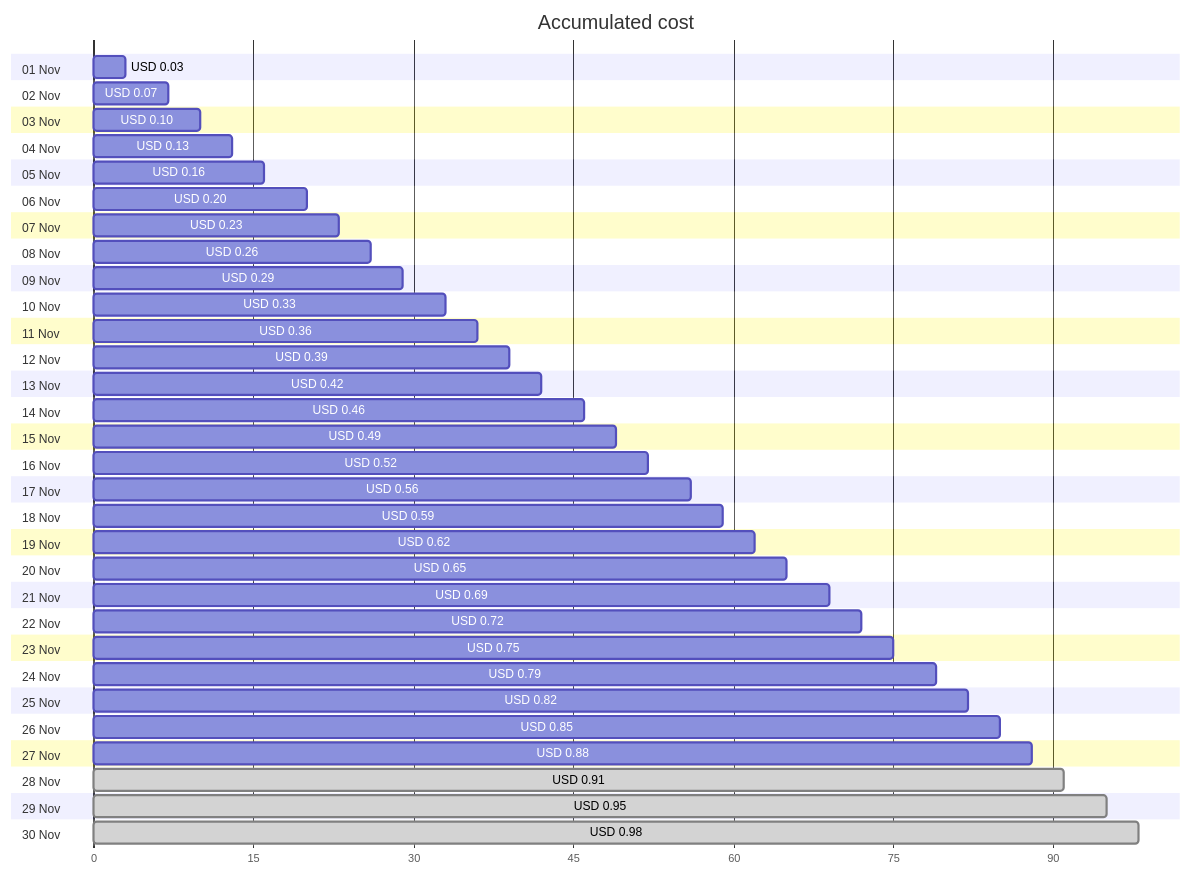
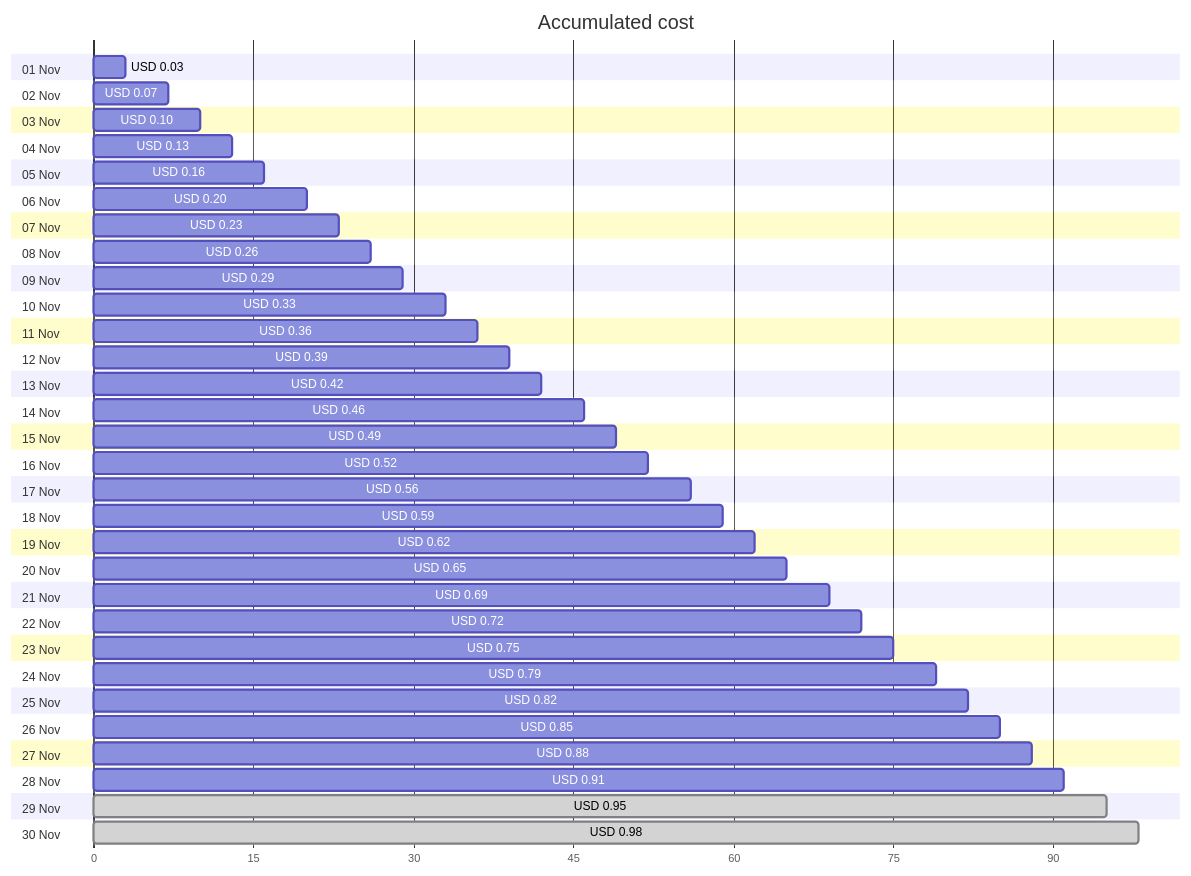
One commit to jpfulton/azure-personal-reports changed the first of 4 diagrams in cost-reports/personal-dns/README.md. Above: the diagram before and after it, drawn with Mermaid. The commit also changed other lines of this file and 2 other files, not shown here.

````diff
--- a/cost-reports/personal-dns/README.md
+++ b/cost-reports/personal-dns/README.md
@@ -20,66 +20,66 @@
 ```mermaid
 gantt
    title Accumulated cost
    dateFormat  X
    axisFormat %s
    section 01 Nov
    USD 0.03 :0, 3
    section 02 Nov
    USD 0.07 :0, 7
    section 03 Nov
    USD 0.10 :0, 10
    section 04 Nov
    USD 0.13 :0, 13
    section 05 Nov
    USD 0.16 :0, 16
    section 06 Nov
    USD 0.20 :0, 20
    section 07 Nov
    USD 0.23 :0, 23
    section 08 Nov
    USD 0.26 :0, 26
    section 09 Nov
    USD 0.29 :0, 29
    section 10 Nov
    USD 0.33 :0, 33
    section 11 Nov
    USD 0.36 :0, 36
    section 12 Nov
    USD 0.39 :0, 39
    section 13 Nov
    USD 0.42 :0, 42
    section 14 Nov
    USD 0.46 :0, 46
    section 15 Nov
    USD 0.49 :0, 49
    section 16 Nov
    USD 0.52 :0, 52
    section 17 Nov
    USD 0.56 :0, 56
    section 18 Nov
    USD 0.59 :0, 59
    section 19 Nov
    USD 0.62 :0, 62
    section 20 Nov
    USD 0.65 :0, 65
    section 21 Nov
    USD 0.69 :0, 69
    section 22 Nov
    USD 0.72 :0, 72
    section 23 Nov
    USD 0.75 :0, 75
    section 24 Nov
    USD 0.79 :0, 79
    section 25 Nov
    USD 0.82 :0, 82
    section 26 Nov
    USD 0.85 :0, 85
    section 27 Nov
    USD 0.88 :0, 88
    section 28 Nov
-   USD 0.91 : done, 0, 91
+   USD 0.91 :0, 91
    section 29 Nov
    USD 0.95 : done, 0, 95
    section 30 Nov
    USD 0.98 : done, 0, 98
 ```
````
